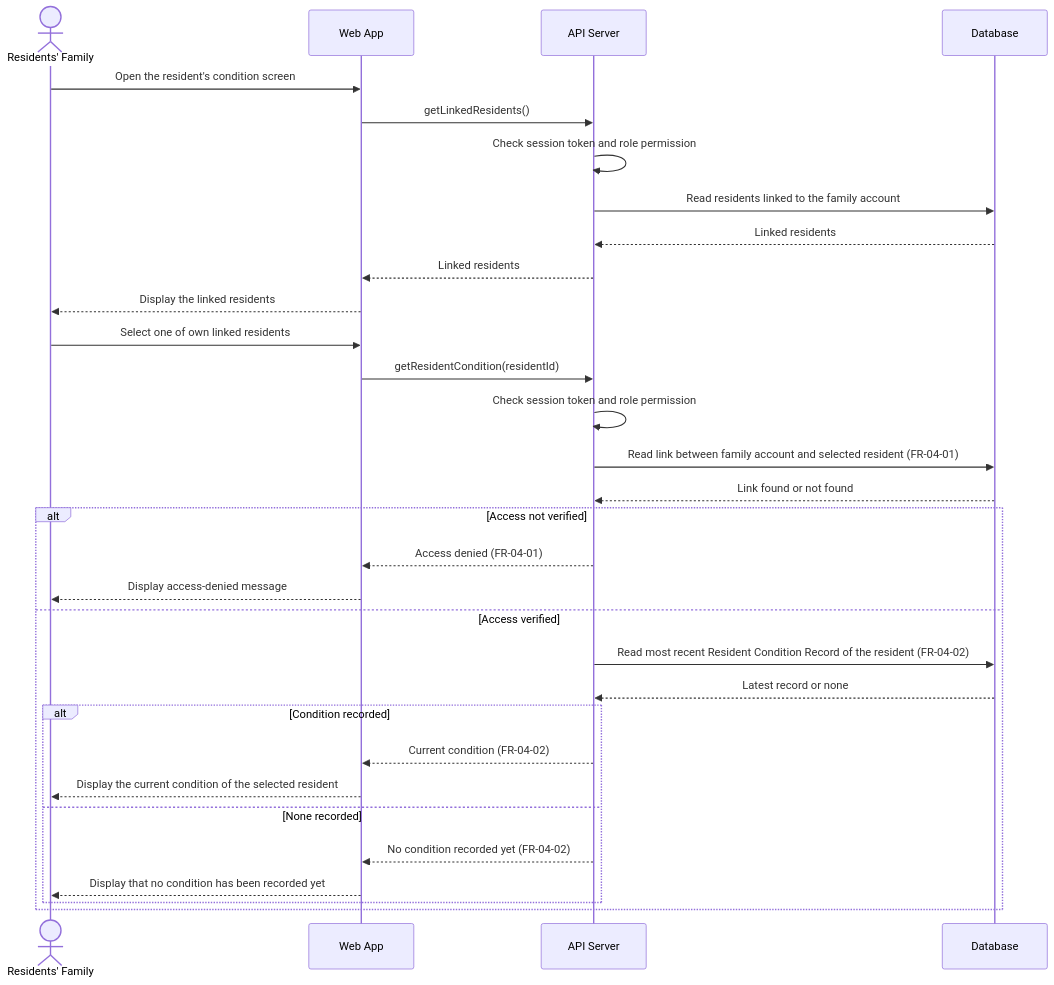
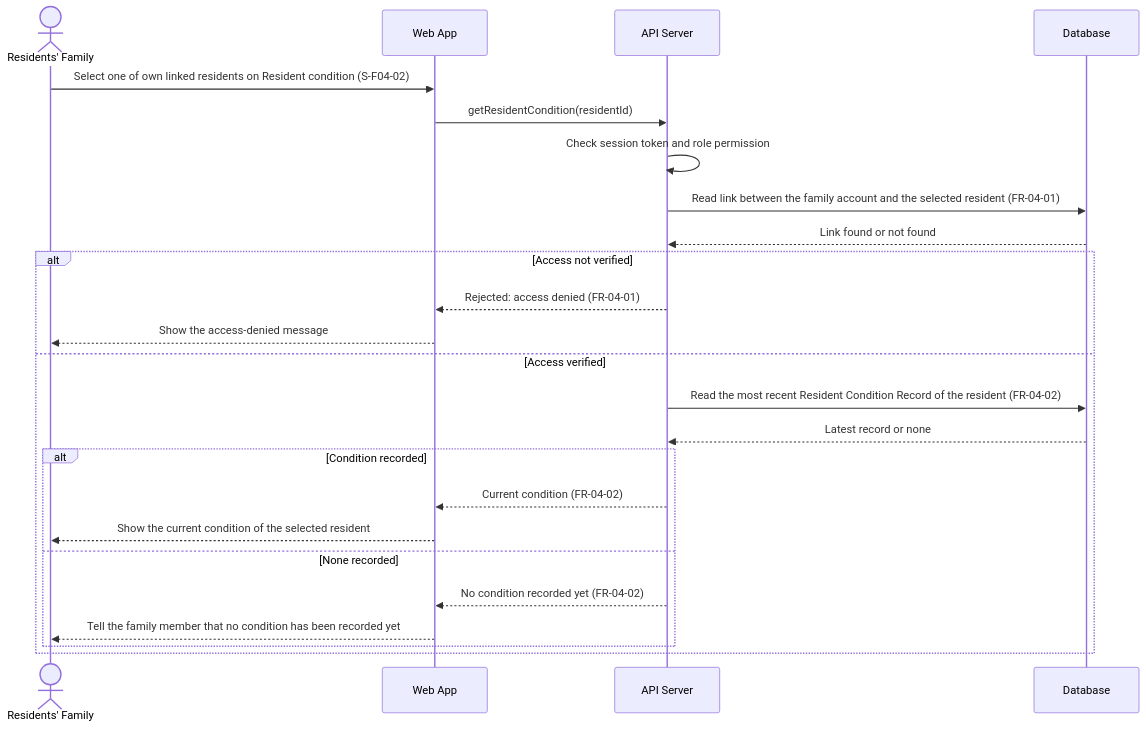
The diagram in docs/use-case/SD-UC-08.md (hatrang191/groupE-nursinghome), drawn with Mermaid before and after one commit. The commit also changed other lines of this file, not shown here.

````diff
--- a/docs/use-case/SD-UC-08.md
+++ b/docs/use-case/SD-UC-08.md
@@ -11,37 +11,29 @@
 ```mermaid
 sequenceDiagram
   actor FAM as Residents' Family
   participant W as Web App
   participant API as API Server
   participant DB as Database
-
-  FAM->>W: Open the resident's condition screen
-  W->>API: getLinkedResidents()
-  API->>API: Check session token and role permission
-  API->>DB: Read residents linked to the family account
-  DB-->>API: Linked residents
-  API-->>W: Linked residents
-  W-->>FAM: Display the linked residents
-
-  FAM->>W: Select one of own linked residents
+ 
+  FAM->>W: Select one of own linked residents on Resident condition (S-F04-02)
   W->>API: getResidentCondition(residentId)
   API->>API: Check session token and role permission
-  API->>DB: Read link between family account and selected resident (FR-04-01)
+  API->>DB: Read link between the family account and the selected resident (FR-04-01)
   DB-->>API: Link found or not found
-
+ 
   alt Access not verified
-    API-->>W: Access denied (FR-04-01)
-    W-->>FAM: Display access-denied message
+    API-->>W: Rejected: access denied (FR-04-01)
+    W-->>FAM: Show the access-denied message
   else Access verified
-    API->>DB: Read most recent Resident Condition Record of the resident (FR-04-02)
+    API->>DB: Read the most recent Resident Condition Record of the resident (FR-04-02)
     DB-->>API: Latest record or none
-
+ 
     alt Condition recorded
       API-->>W: Current condition (FR-04-02)
-      W-->>FAM: Display the current condition of the selected resident
+      W-->>FAM: Show the current condition of the selected resident
     else None recorded
       API-->>W: No condition recorded yet (FR-04-02)
-      W-->>FAM: Display that no condition has been recorded yet
+      W-->>FAM: Tell the family member that no condition has been recorded yet
     end
   end
 ```
````
